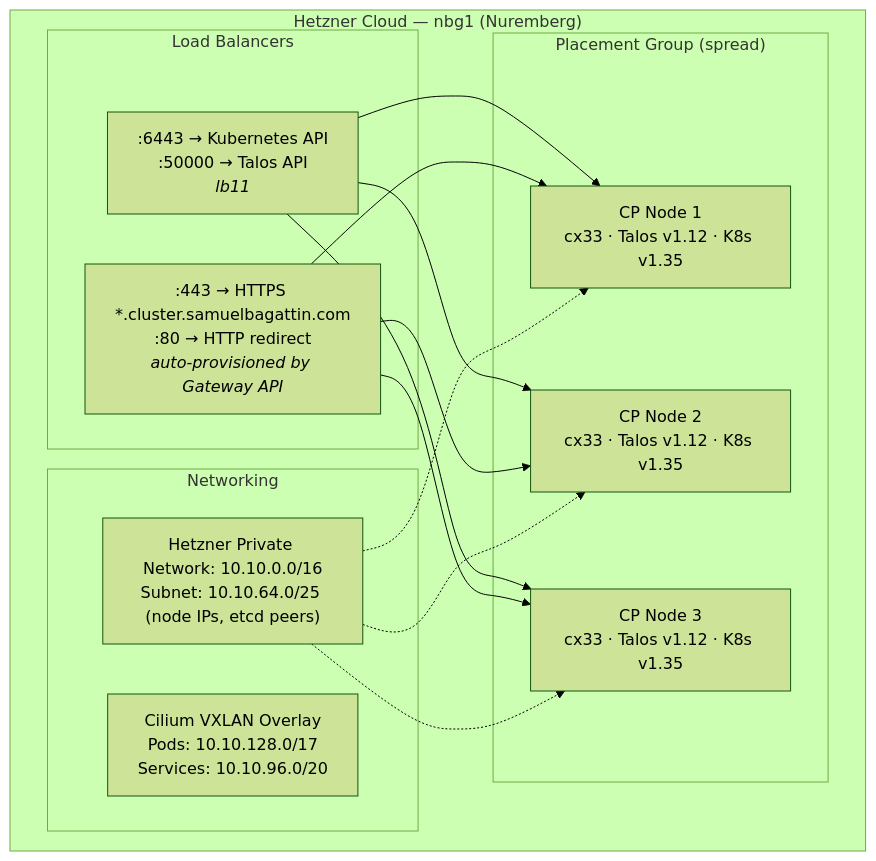
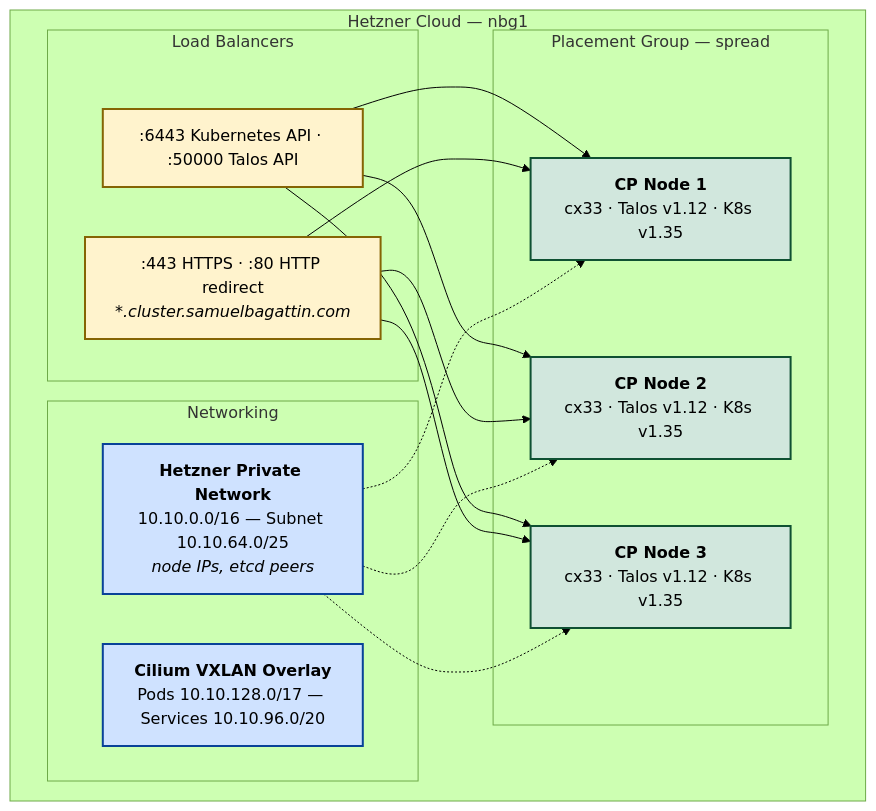
Before and after one commit to SamuelBagattin/talos-hetzner-capi: the second of 3 diagrams in README.md, drawn with Mermaid (forest theme). The commit also changed other lines of this file, not shown here.

Commit message:
docs: improve Mermaid diagrams with color-coded styling

````diff
--- a/README.md
+++ b/README.md
@@ -45,24 +54,28 @@
 ```mermaid
-graph TD
-    subgraph hetzner["Hetzner Cloud — nbg1 (Nuremberg)"]
+flowchart TD
+    classDef lbStyle fill:#fff3cd,stroke:#856404,stroke-width:2px,color:#000
+    classDef netStyle fill:#cfe2ff,stroke:#084298,stroke-width:2px,color:#000
+    classDef nodeStyle fill:#d1e7dd,stroke:#0f5132,stroke-width:2px,color:#000
+
+    subgraph hetzner["Hetzner Cloud — nbg1"]
         subgraph lb["Load Balancers"]
-            cplb[":6443 → Kubernetes API<br/>:50000 → Talos API<br/><i>lb11</i>"]
-            envoylb[":443 → HTTPS *.cluster.samuelbagattin.com<br/>:80 → HTTP redirect<br/><i>auto-provisioned by Gateway API</i>"]
+            cplb[":6443 Kubernetes API · :50000 Talos API"]:::lbStyle
+            envoylb[":443 HTTPS · :80 HTTP redirect<br/><i>*.cluster.samuelbagattin.com</i>"]:::lbStyle
         end
 
         subgraph network["Networking"]
-            privnet["Hetzner Private Network: 10.10.0.0/16<br/>Subnet: 10.10.64.0/25 (node IPs, etcd peers)"]
-            overlay["Cilium VXLAN Overlay<br/>Pods: 10.10.128.0/17<br/>Services: 10.10.96.0/20"]
+            privnet["<b>Hetzner Private Network</b><br/>10.10.0.0/16 — Subnet 10.10.64.0/25<br/><i>node IPs, etcd peers</i>"]:::netStyle
+            overlay["<b>Cilium VXLAN Overlay</b><br/>Pods 10.10.128.0/17 — Services 10.10.96.0/20"]:::netStyle
         end
 
-        subgraph nodes["Placement Group (spread)"]
-            node1["CP Node 1<br/>cx33 · Talos v1.12 · K8s v1.35"]
-            node2["CP Node 2<br/>cx33 · Talos v1.12 · K8s v1.35"]
-            node3["CP Node 3<br/>cx33 · Talos v1.12 · K8s v1.35"]
+        subgraph nodes["Placement Group — spread"]
+            node1["<b>CP Node 1</b><br/>cx33 · Talos v1.12 · K8s v1.35"]:::nodeStyle
+            node2["<b>CP Node 2</b><br/>cx33 · Talos v1.12 · K8s v1.35"]:::nodeStyle
+            node3["<b>CP Node 3</b><br/>cx33 · Talos v1.12 · K8s v1.35"]:::nodeStyle
         end
+    end
 
-        cplb --> node1 & node2 & node3
-        envoylb --> node1 & node2 & node3
-        privnet -.-> node1 & node2 & node3
-    end
+    cplb --> node1 & node2 & node3
+    envoylb --> node1 & node2 & node3
+    privnet -.-> node1 & node2 & node3
 ```
````
